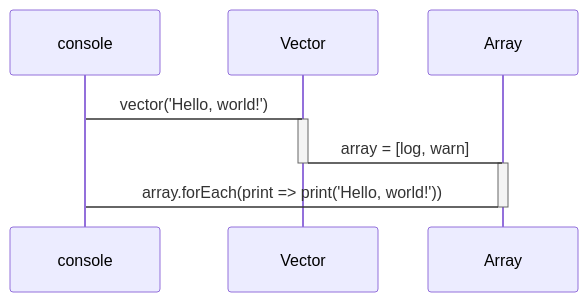
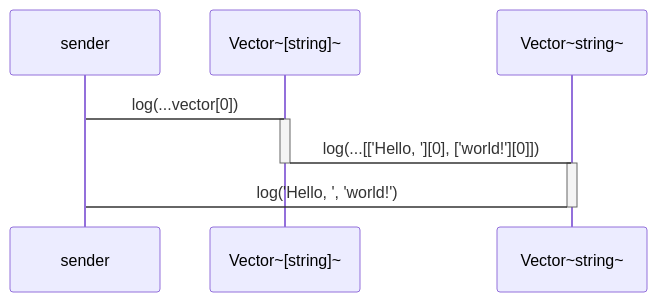
Before and after one commit to domrally/peekeasy: the fourth of 5 diagrams in README.md, drawn with Mermaid. The commit also changed other lines of this file and 1 other file, not shown here.

````diff
--- a/README.md
+++ b/README.md
@@ -102,10 +123,10 @@
 ```mermaid
 sequenceDiagram
-    console->Vector: vector('Hello, world!')
-    activate Vector
-    Vector->Array: array = [log, warn]
-    deactivate Vector
-    activate Array
-    Array->console: array.forEach(print => print('Hello, world!'))
-    deactivate Array
+    sender->Vector~[string]~: log(...vector[0])
+    activate Vector~[string]~
+    Vector~[string]~->Vector~string~: log(...[['Hello, '][0], ['world!'][0]])
+    deactivate Vector~[string]~
+    activate Vector~string~
+    Vector~string~->sender: log('Hello, ', 'world!')
+    deactivate Vector~string~
 ```
````
